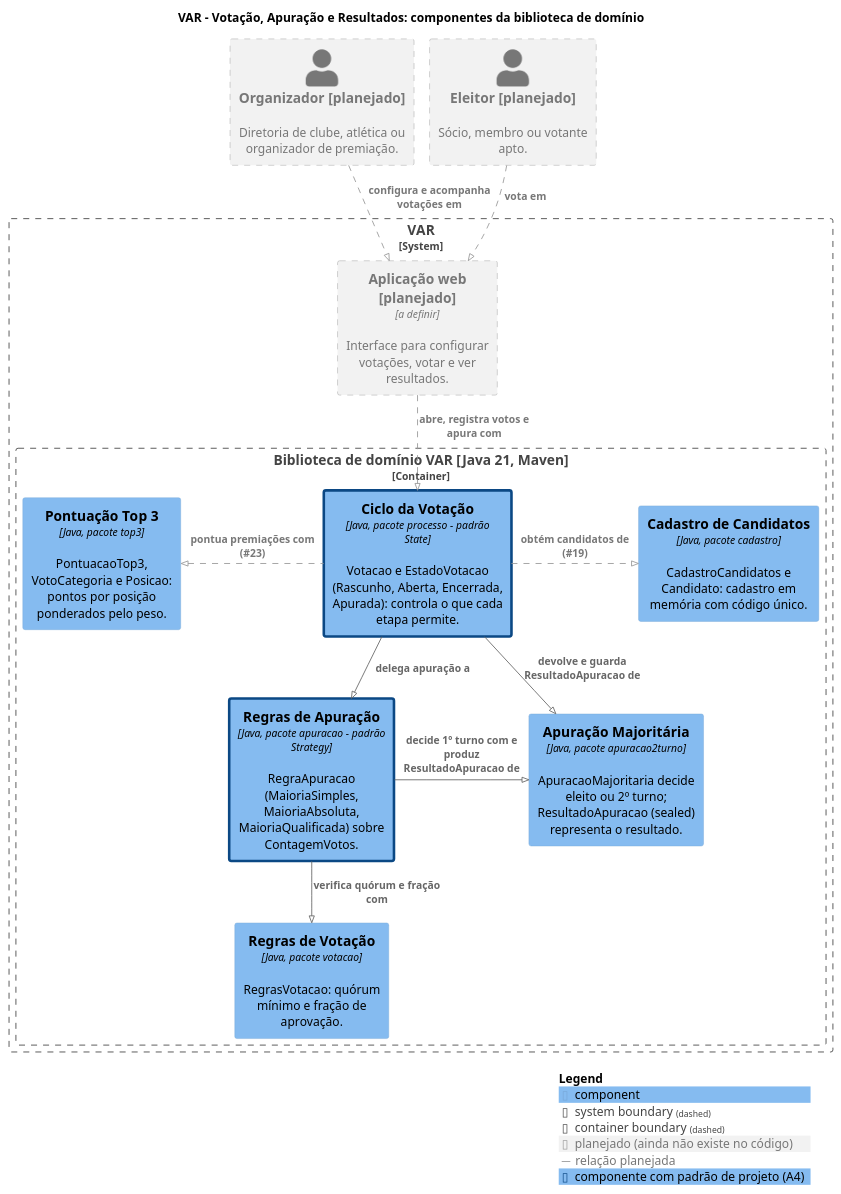
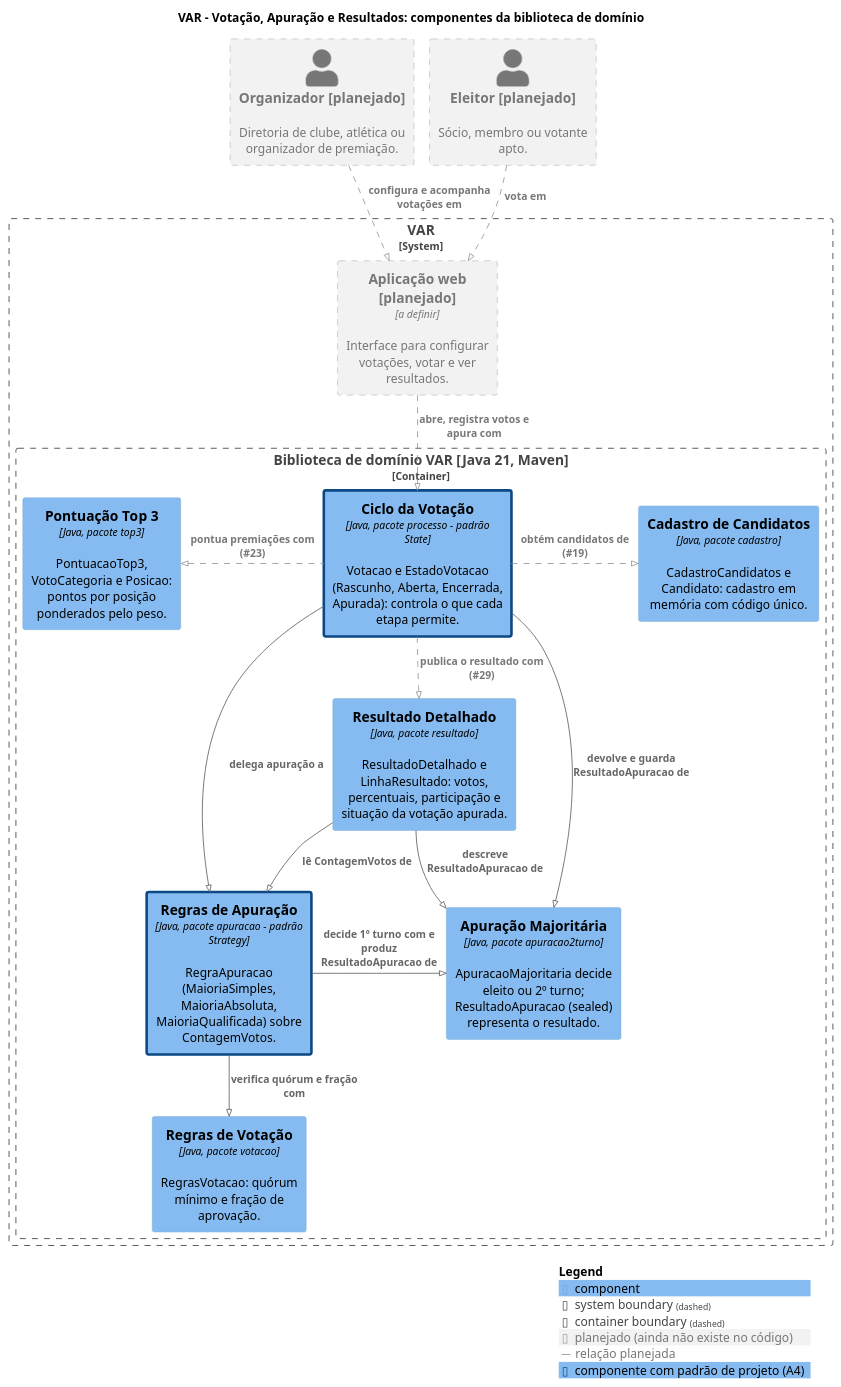
One commit to gabicoppo/var-votacao changed the diagram in docs/diagramas/c4-componentes.puml. Above: the diagram before and after it, drawn with PlantUML. The commit also changed 1 other file, not shown here.

Commit message:
docs: inclui componente de resultado na arquitetura (#49)

```diff
--- a/docs/diagramas/c4-componentes.puml
+++ b/docs/diagramas/c4-componentes.puml
@@ -1,46 +1,51 @@
 @startuml c4-componentes
 ' Diagrama C4 nivel 3 (componentes) do VAR.
 ' Gerar a imagem (nao precisa de Graphviz, usa o layout interno smetana):
 '   java -jar plantuml.jar -tpng docs/diagramas/c4-componentes.puml
 !pragma layout smetana
 !include https://raw.githubusercontent.com/plantuml-stdlib/C4-PlantUML/master/C4_Component.puml
 
 LAYOUT_TOP_DOWN()
 
 AddElementTag("planejado", $fontColor="#777777", $borderColor="#999999", $bgColor="#F2F2F2", $borderStyle=DashedLine(), $legendText="planejado (ainda não existe no código)")
 AddRelTag("planejado", $textColor="#777777", $lineColor="#999999", $lineStyle=DashedLine(), $legendText="relação planejada")
 AddElementTag("padrao", $bgColor="#85BBF0", $fontColor="#000000", $borderColor="#0B4884", $borderThickness=3, $legendText="componente com padrão de projeto (A4)")
 
 title VAR – Votação, Apuração e Resultados: componentes da biblioteca de domínio
 
 Person(organizador, "Organizador [planejado]", "Diretoria de clube, atlética ou organizador de premiação.", $tags="planejado")
 Person(eleitor, "Eleitor [planejado]", "Sócio, membro ou votante apto.", $tags="planejado")
 
 System_Boundary(var, "VAR") {
     Container(web, "Aplicação web [planejado]", "a definir", "Interface para configurar votações, votar e ver resultados.", $tags="planejado")
 
     Container_Boundary(lib, "Biblioteca de domínio VAR [Java 21, Maven]") {
         Component(processo, "Ciclo da Votação", "Java, pacote processo – padrão State", "Votacao e EstadoVotacao (Rascunho, Aberta, Encerrada, Apurada): controla o que cada etapa permite.", $tags="padrao")
         Component(apuracao, "Regras de Apuração", "Java, pacote apuracao – padrão Strategy", "RegraApuracao (MaioriaSimples, MaioriaAbsoluta, MaioriaQualificada) sobre ContagemVotos.", $tags="padrao")
         Component(apur2, "Apuração Majoritária", "Java, pacote apuracao2turno", "ApuracaoMajoritaria decide eleito ou 2º turno; ResultadoApuracao (sealed) representa o resultado.")
         Component(votacao, "Regras de Votação", "Java, pacote votacao", "RegrasVotacao: quórum mínimo e fração de aprovação.")
+        Component(resultado, "Resultado Detalhado", "Java, pacote resultado", "ResultadoDetalhado e LinhaResultado: votos, percentuais, participação e situação da votação apurada.")
         Component(top3, "Pontuação Top 3", "Java, pacote top3", "PontuacaoTop3, VotoCategoria e Posicao: pontos por posição ponderados pelo peso.")
         Component(cadastro, "Cadastro de Candidatos", "Java, pacote cadastro", "CadastroCandidatos e Candidato: cadastro em memória com código único.")
     }
 }
 
 ' Direcoes explicitas (_D, _R, _L) para manter as setas retas e sem cruzamentos.
 Rel_D(organizador, web, "configura e acompanha votações em", $tags="planejado")
 Rel_D(eleitor, web, "vota em", $tags="planejado")
 Rel_D(web, processo, "abre, registra votos e apura com", $tags="planejado")
 
 Rel_L(processo, top3, "pontua premiações com (#23)", $tags="planejado")
 Rel_R(processo, cadastro, "obtém candidatos de (#19)", $tags="planejado")
 
 Rel_D(processo, apuracao, "delega apuração a")
 Rel_D(processo, apur2, "devolve e guarda ResultadoApuracao de")
 Rel_R(apuracao, apur2, "decide 1º turno com e produz ResultadoApuracao de")
 Rel_D(apuracao, votacao, "verifica quórum e fração com")
 
+Rel_D(processo, resultado, "publica o resultado com (#29)", $tags="planejado")
+Rel_D(resultado, apuracao, "lê ContagemVotos de")
+Rel_D(resultado, apur2, "descreve ResultadoApuracao de")
+
 SHOW_LEGEND()
 @enduml
```
